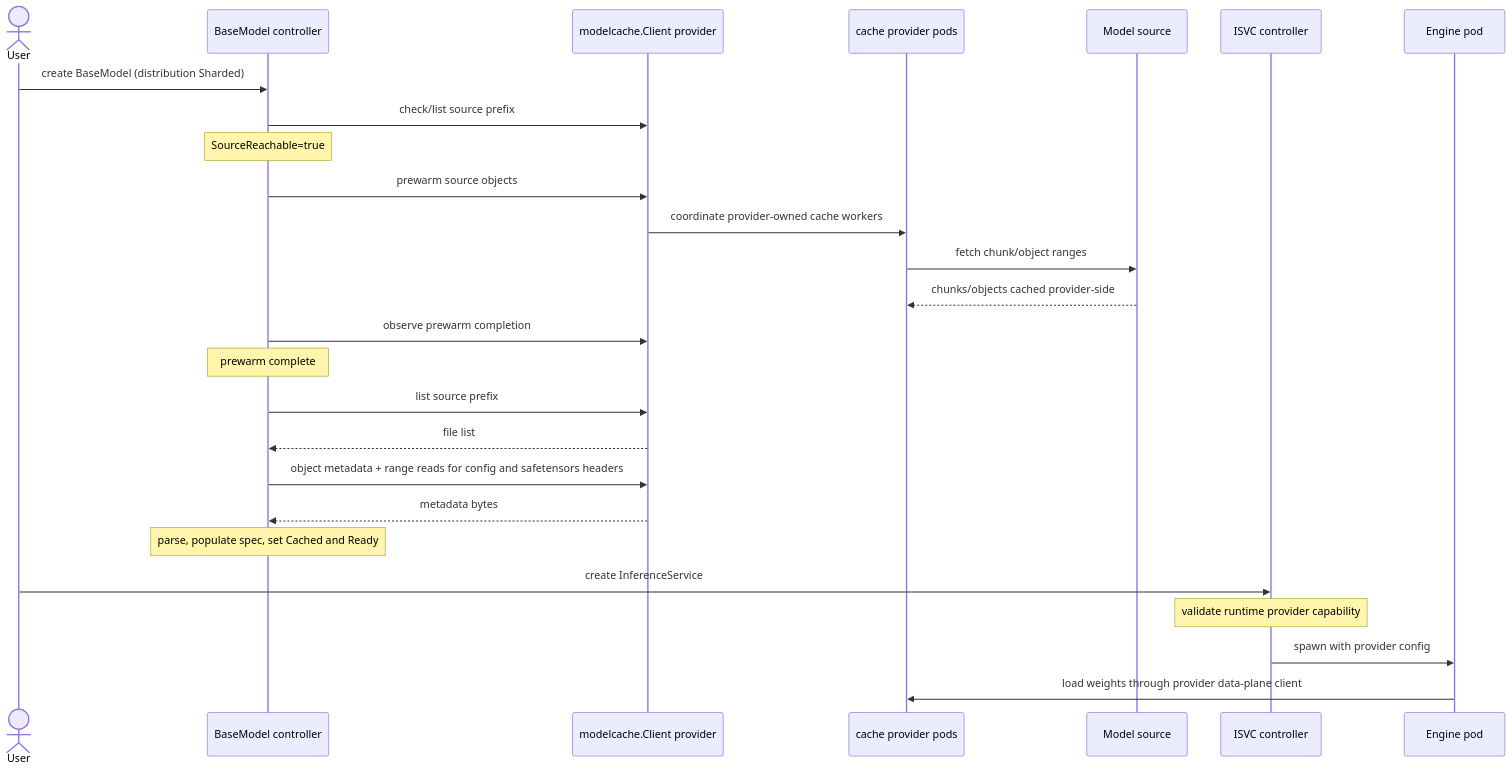
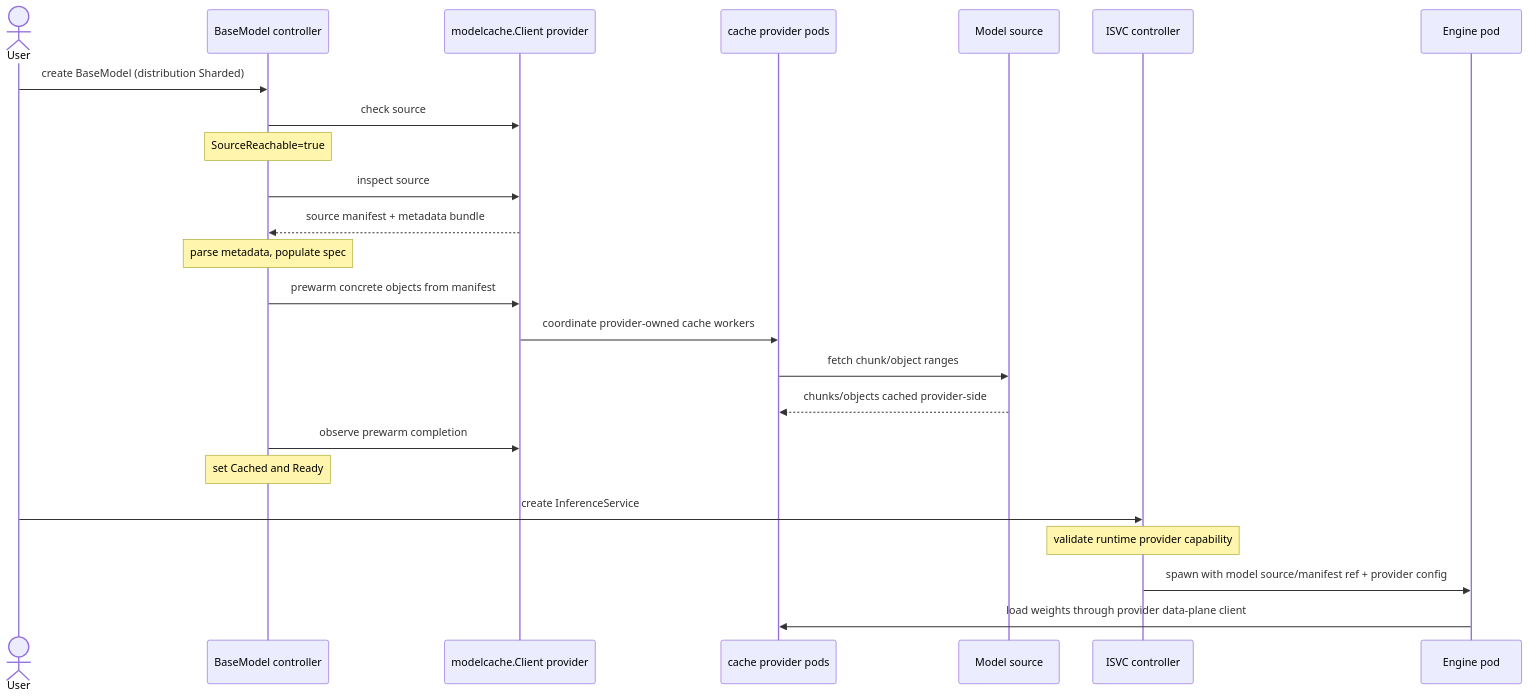
One commit to shaodianwang/ome changed the diagram in oeps/0009-ome-cluster-cache-integration/README.md. Above: the diagram before and after it, drawn with Mermaid. The commit also changed other lines of this file, not shown here.

First line of the commit message:
[OEP] Clarify cache metadata contract (#49)

````diff
--- a/oeps/0009-ome-cluster-cache-integration/README.md
+++ b/oeps/0009-ome-cluster-cache-integration/README.md
@@ -404,31 +541,28 @@
 ```mermaid
 sequenceDiagram
     actor U as User
     participant BMC as BaseModel controller
     participant MCP as modelcache.Client provider
     participant CACHE as cache provider pods
     participant SRC as Model source
     participant ISVC as ISVC controller
     participant ENG as Engine pod
 
     U->>BMC: create BaseModel (distribution Sharded)
-    BMC->>MCP: check/list source prefix
+    BMC->>MCP: check source
     Note over BMC: SourceReachable=true
-    BMC->>MCP: prewarm source objects
+    BMC->>MCP: inspect source
+    MCP-->>BMC: source manifest + metadata bundle
+    Note over BMC: parse metadata, populate spec
+    BMC->>MCP: prewarm concrete objects from manifest
     MCP->>CACHE: coordinate provider-owned cache workers
     CACHE->>SRC: fetch chunk/object ranges
     SRC-->>CACHE: chunks/objects cached provider-side
     BMC->>MCP: observe prewarm completion
-    Note over BMC: prewarm complete
-
-    BMC->>MCP: list source prefix
-    MCP-->>BMC: file list
-    BMC->>MCP: object metadata + range reads for config and safetensors headers
-    MCP-->>BMC: metadata bytes
-    Note over BMC: parse, populate spec, set Cached and Ready
+    Note over BMC: set Cached and Ready
 
     U->>ISVC: create InferenceService
     Note over ISVC: validate runtime provider capability
-    ISVC->>ENG: spawn with provider config
+    ISVC->>ENG: spawn with model source/manifest ref + provider config
     ENG->>CACHE: load weights through provider data-plane client
 ```
````
